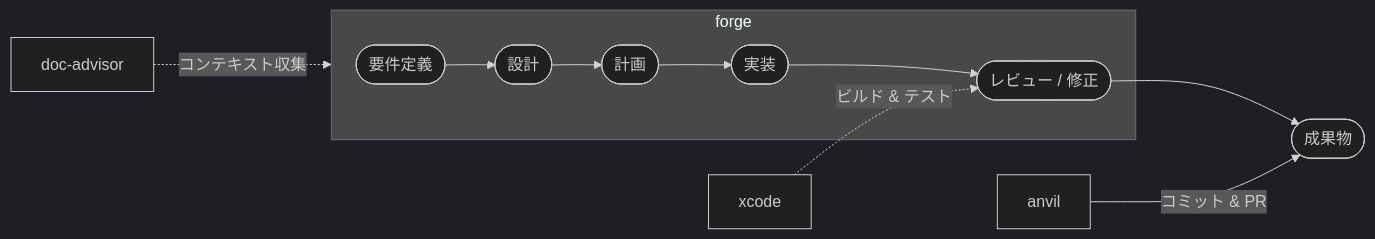
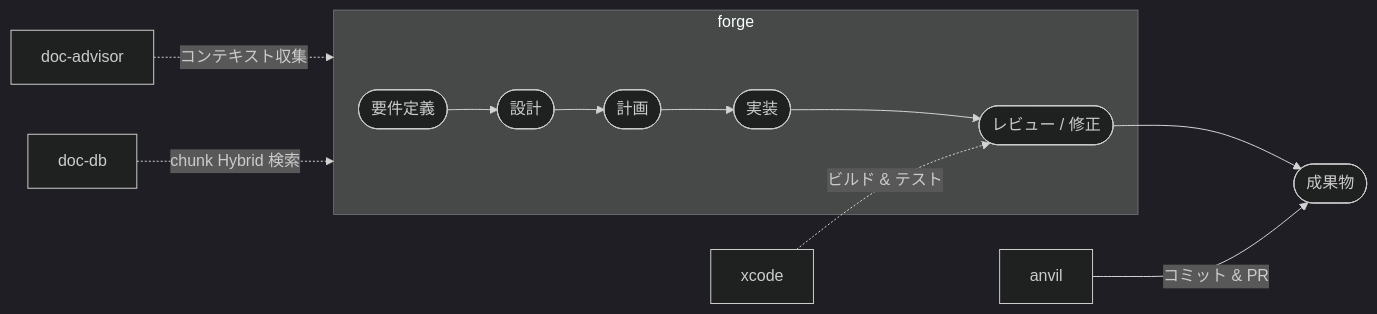
One commit to BlueEventHorizon/bw-cc-plugins changed the first of 2 diagrams in README.md. Above: the diagram before and after it, drawn with Mermaid (dark theme). The commit also changed other lines of this file and 6 other files, not shown here.

````diff
--- a/README.md
+++ b/README.md
@@ -26,10 +28,11 @@
 ```mermaid
 flowchart LR
     subgraph forge
         R([要件定義]) --> D([設計]) --> P([計画]) --> I([実装]) --> RF([レビュー / 修正])
     end
     RF --> DL([成果物])
     DA[doc-advisor] -. コンテキスト収集 .-> forge
+    DB[doc-db] -. chunk Hybrid 検索 .-> forge
     AV[anvil] -- コミット & PR --> DL
     XC[xcode] -. ビルド & テスト .-> RF
 ```
````
